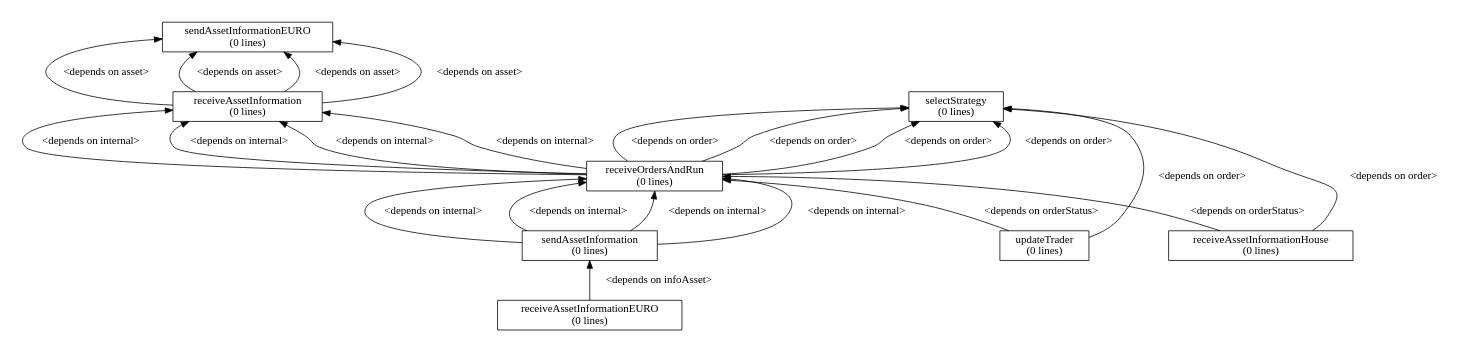
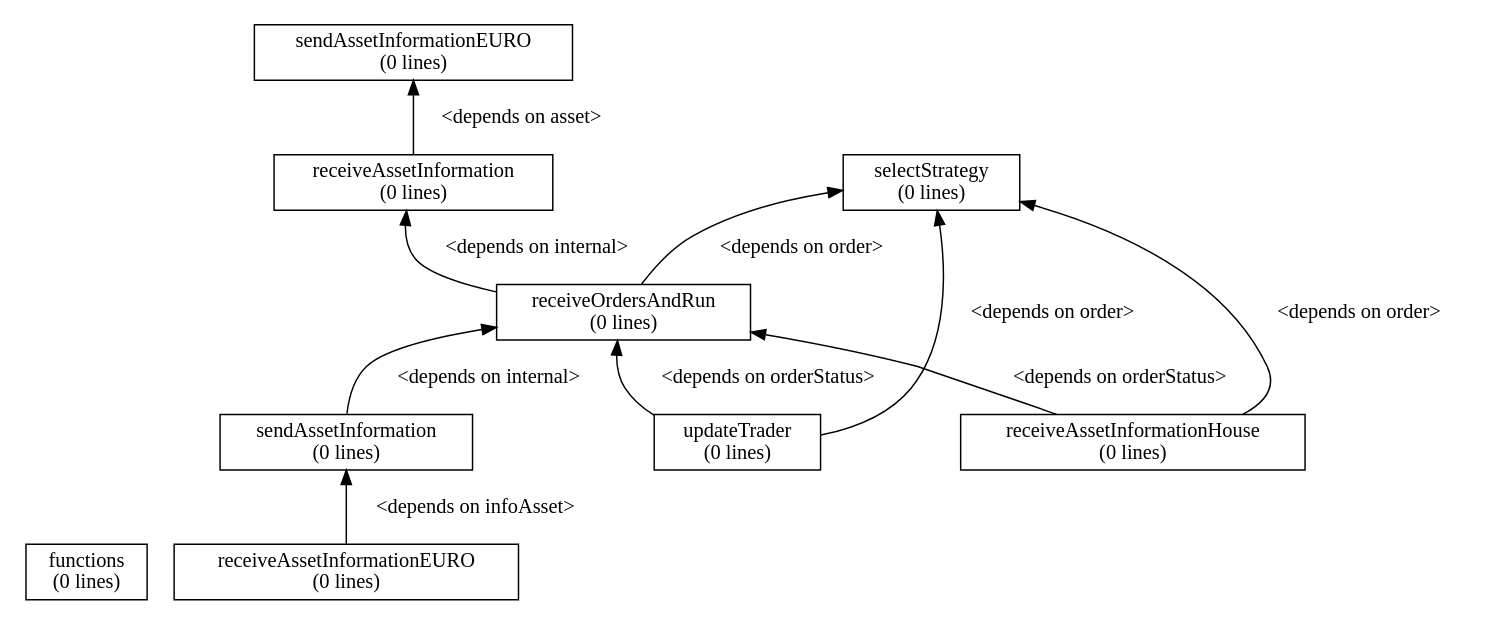
Before and after one commit to ETACE/EURACE: the diagram in models/AFM/afm_branches/UNICA-UG/Agents/dgraph.dot, drawn with Graphviz. The commit also changed 16 other files, not shown here.

```diff
--- a/models/AFM/afm_branches/UNICA-UG/Agents/dgraph.dot
+++ b/models/AFM/afm_branches/UNICA-UG/Agents/dgraph.dot
@@ -1,41 +1,27 @@
 digraph dependency_graph {
 	rankdir=BT;
 	size="8,5;"
 	node [shape = rect];
 	
 	/* Functions */
-	sendAssetInformation[height = 0.000000, label = "sendAssetInformation\n(0 lines)"]
-	receiveOrdersAndRun[height = 0.000000, label = "receiveOrdersAndRun\n(0 lines)"]
-	receiveAssetInformation[height = 0.000000, label = "receiveAssetInformation\n(0 lines)"]
+	functions[height = 0.000000, label = "functions\n(0 lines)"]
 	sendAssetInformation[height = 0.000000, label = "sendAssetInformation\n(0 lines)"]
 	receiveOrdersAndRun[height = 0.000000, label = "receiveOrdersAndRun\n(0 lines)"]
 	receiveAssetInformation[height = 0.000000, label = "receiveAssetInformation\n(0 lines)"]
 	receiveAssetInformationHouse[height = 0.000000, label = "receiveAssetInformationHouse\n(0 lines)"]
 	updateTrader[height = 0.000000, label = "updateTrader\n(0 lines)"]
 	selectStrategy[height = 0.000000, label = "selectStrategy\n(0 lines)"]
 	receiveAssetInformationEURO[height = 0.000000, label = "receiveAssetInformationEURO\n(0 lines)"]
 	sendAssetInformationEURO[height = 0.000000, label = "sendAssetInformationEURO\n(0 lines)"]
 	
 	/* Dependencies */
 	sendAssetInformation -> receiveOrdersAndRun [ label = "<depends on internal>" ];
-	sendAssetInformation -> receiveOrdersAndRun [ label = "<depends on internal>" ];
 	receiveOrdersAndRun -> receiveAssetInformation [ label = "<depends on internal>" ];
 	receiveOrdersAndRun -> selectStrategy [ label = "<depends on order>" ];
-	receiveOrdersAndRun -> receiveAssetInformation [ label = "<depends on internal>" ];
-	receiveOrdersAndRun -> selectStrategy [ label = "<depends on order>" ];
-	receiveAssetInformation -> sendAssetInformationEURO [ label = "<depends on asset>" ];
-	receiveAssetInformation -> sendAssetInformationEURO [ label = "<depends on asset>" ];
-	sendAssetInformation -> receiveOrdersAndRun [ label = "<depends on internal>" ];
-	sendAssetInformation -> receiveOrdersAndRun [ label = "<depends on internal>" ];
-	receiveOrdersAndRun -> receiveAssetInformation [ label = "<depends on internal>" ];
-	receiveOrdersAndRun -> selectStrategy [ label = "<depends on order>" ];
-	receiveOrdersAndRun -> receiveAssetInformation [ label = "<depends on internal>" ];
-	receiveOrdersAndRun -> selectStrategy [ label = "<depends on order>" ];
-	receiveAssetInformation -> sendAssetInformationEURO [ label = "<depends on asset>" ];
 	receiveAssetInformation -> sendAssetInformationEURO [ label = "<depends on asset>" ];
 	receiveAssetInformationHouse -> selectStrategy [ label = "<depends on order>" ];
 	receiveAssetInformationHouse -> receiveOrdersAndRun [ label = "<depends on orderStatus>" ];
 	updateTrader -> selectStrategy [ label = "<depends on order>" ];
 	updateTrader -> receiveOrdersAndRun [ label = "<depends on orderStatus>" ];
 	receiveAssetInformationEURO -> sendAssetInformation [ label = "<depends on infoAsset>" ];
 }
```
